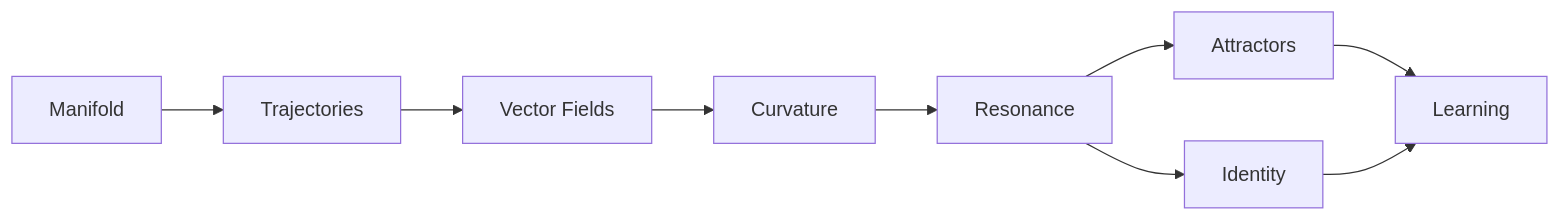
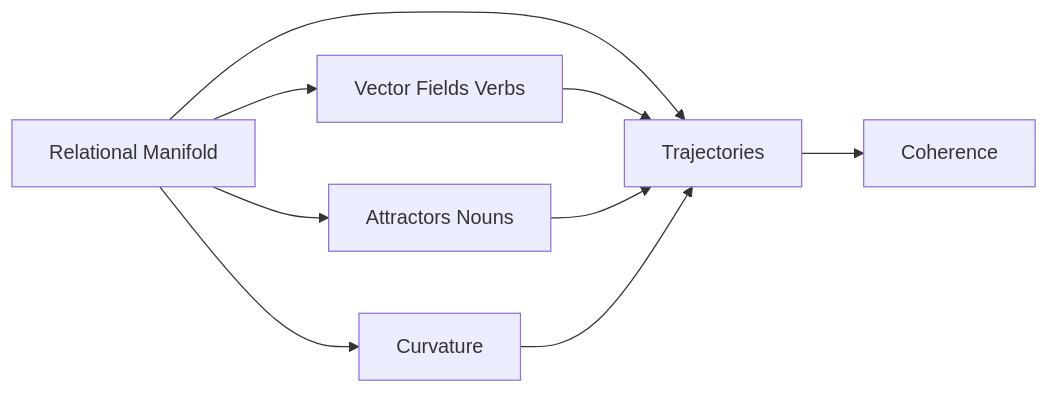
Before and after one commit to CuriousOne23/WhenMathPrays: the first of 9 diagrams in docs/Geometry_of_Meaning_Relation_and_Dynamic_Information.md, drawn with Mermaid. The commit also changed other lines of this file and 1 other file, not shown here.

````diff
--- a/docs/Geometry_of_Meaning_Relation_and_Dynamic_Information.md
+++ b/docs/Geometry_of_Meaning_Relation_and_Dynamic_Information.md
@@ -121,10 +68,18 @@
 ```mermaid
 flowchart LR
-    M[Manifold] --> T[Trajectories] --> V[Vector Fields]
-    C[Curvature] --> R[Resonance] --> I[Identity]
-    A[Attractors] --> L[Learning]
+    M[Relational Manifold] 
+    T[Trajectories] 
+    V[Vector Fields Verbs] 
+    A[Attractors Nouns] 
+    K[Curvature] 
+    C[Coherence]
 
-    V --> C
-    R --> A
-    I --> L
+    M --> T
+    M --> V
+    M --> A
+    M --> K
+    V --> T
+    A --> T
+    K --> T
+    T --> C
 ```
````
